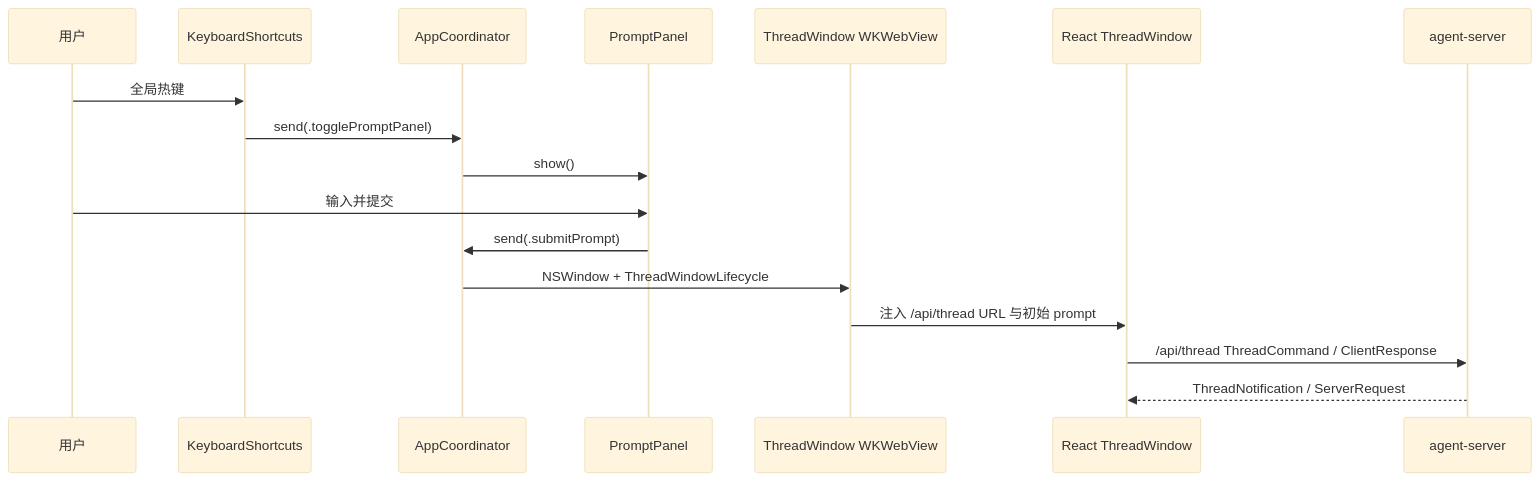
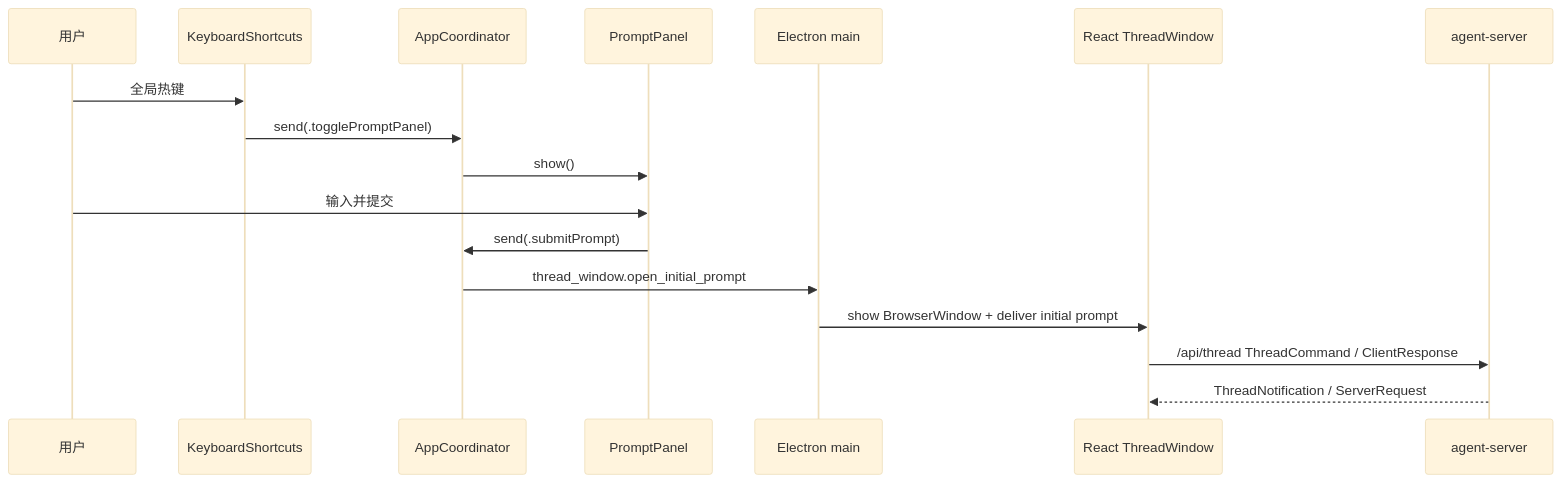
Before and after one commit to Lixuhang987/SpotAgent: the second of 2 diagrams in apps/desktop/desktop.md, drawn with Mermaid (base theme). The commit also changed other lines of this file and 51 other files, not shown here.

````diff
--- a/apps/desktop/desktop.md
+++ b/apps/desktop/desktop.md
@@ -108,20 +81,20 @@
 ```mermaid
 sequenceDiagram
   participant User as 用户
   participant Hotkey as KeyboardShortcuts
   participant Coord as AppCoordinator
   participant Panel as PromptPanel
-  participant Window as ThreadWindow WKWebView
+  participant Electron as Electron main
   participant React as React ThreadWindow
   participant Server as agent-server
 
   User->>Hotkey: 全局热键
   Hotkey->>Coord: send(.togglePromptPanel)
   Coord->>Panel: show()
   User->>Panel: 输入并提交
   Panel->>Coord: send(.submitPrompt)
-  Coord->>Window: NSWindow + ThreadWindowLifecycle
-  Window->>React: 注入 /api/thread URL 与初始 prompt
+  Coord->>Electron: thread_window.open_initial_prompt
+  Electron->>React: show BrowserWindow + deliver initial prompt
   React->>Server: /api/thread ThreadCommand / ClientResponse
   Server-->>React: ThreadNotification / ServerRequest
 ```
````
